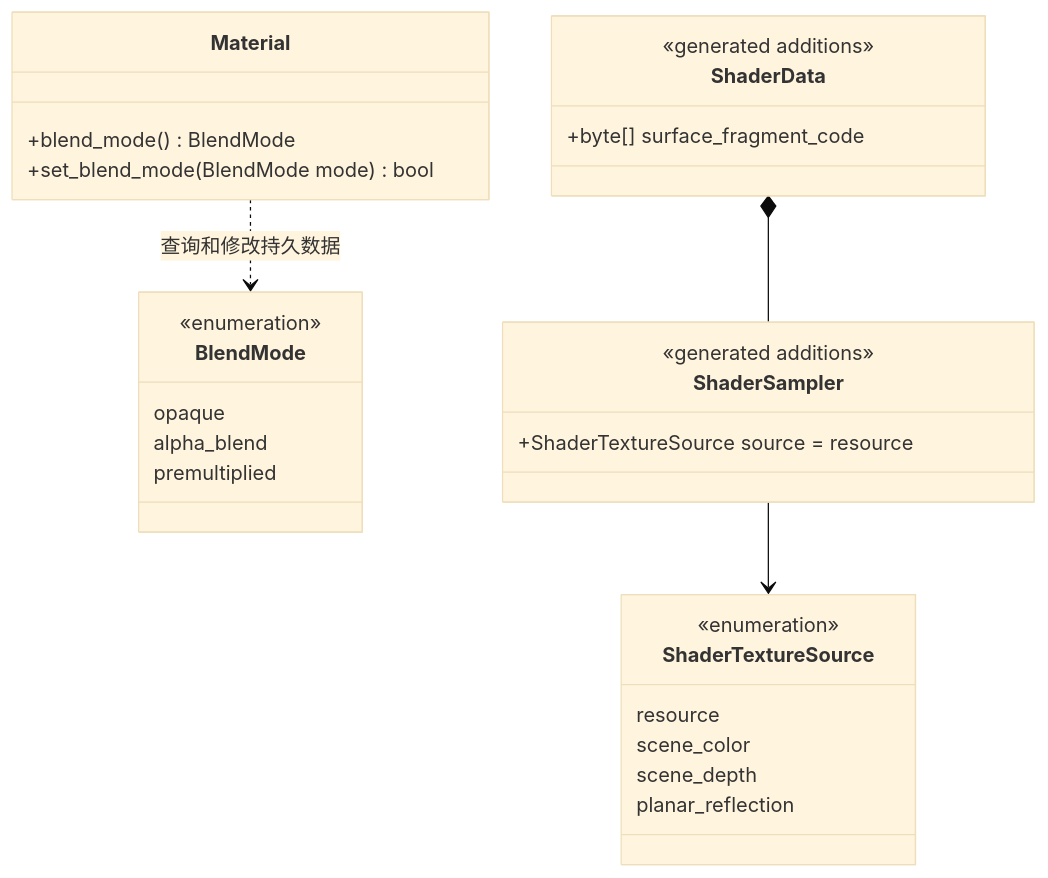
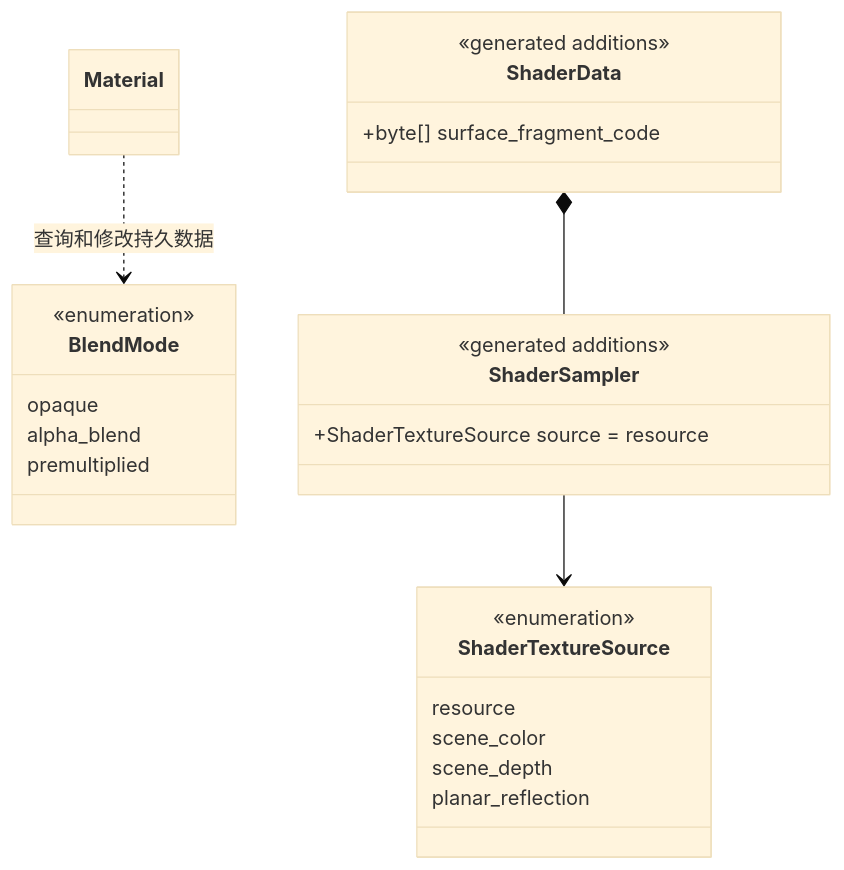
The fourth of 6 diagrams in docs/runtime/class-diagrams/forward-lighting-reflections.md (lcals/Engine), drawn with Mermaid (base theme) before and after one commit. The commit also changed other lines of this file and 222 other files, not shown here.

Commit message:
Consolidate editor asset imports and align architecture documentation

````diff
--- a/docs/runtime/class-diagrams/forward-lighting-reflections.md
+++ b/docs/runtime/class-diagrams/forward-lighting-reflections.md
@@ -119,31 +121,28 @@
 ```mermaid
 classDiagram
-    class Material {
-        +blend_mode() BlendMode
-        +set_blend_mode(BlendMode mode) bool
-    }
+    class Material
     class BlendMode {
         <<enumeration>>
         opaque
         alpha_blend
         premultiplied
     }
     class ShaderData {
         <<generated additions>>
         +byte[] surface_fragment_code
     }
     class ShaderSampler {
         <<generated additions>>
         +ShaderTextureSource source = resource
     }
     class ShaderTextureSource {
         <<enumeration>>
         resource
         scene_color
         scene_depth
         planar_reflection
     }
     Material ..> BlendMode : 查询和修改持久数据
     ShaderData *-- ShaderSampler
     ShaderSampler --> ShaderTextureSource
 ```
````
